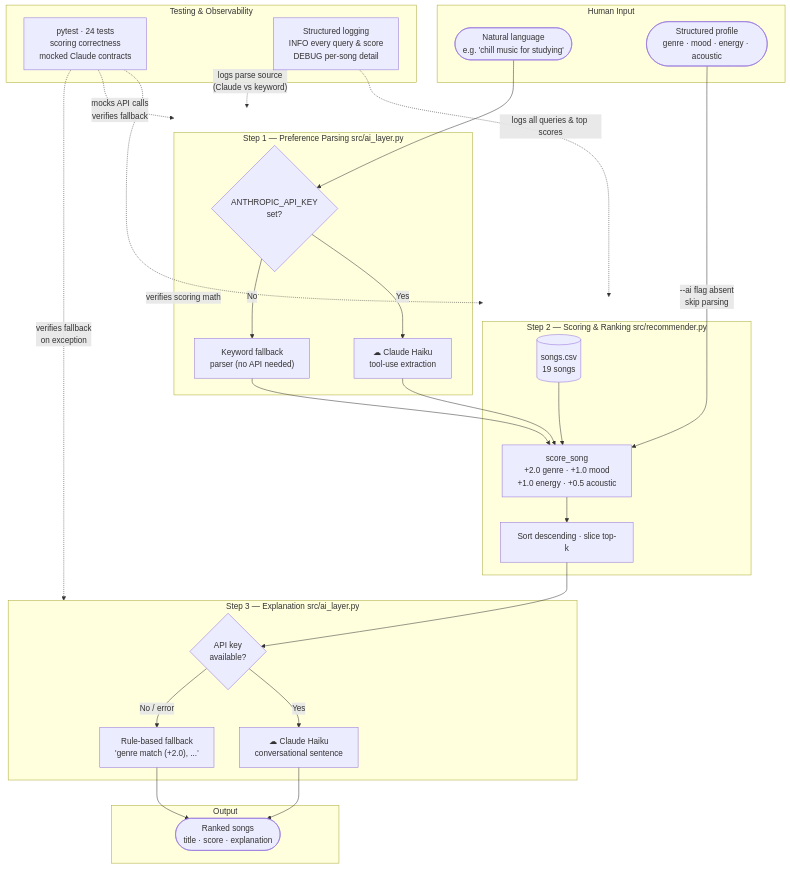
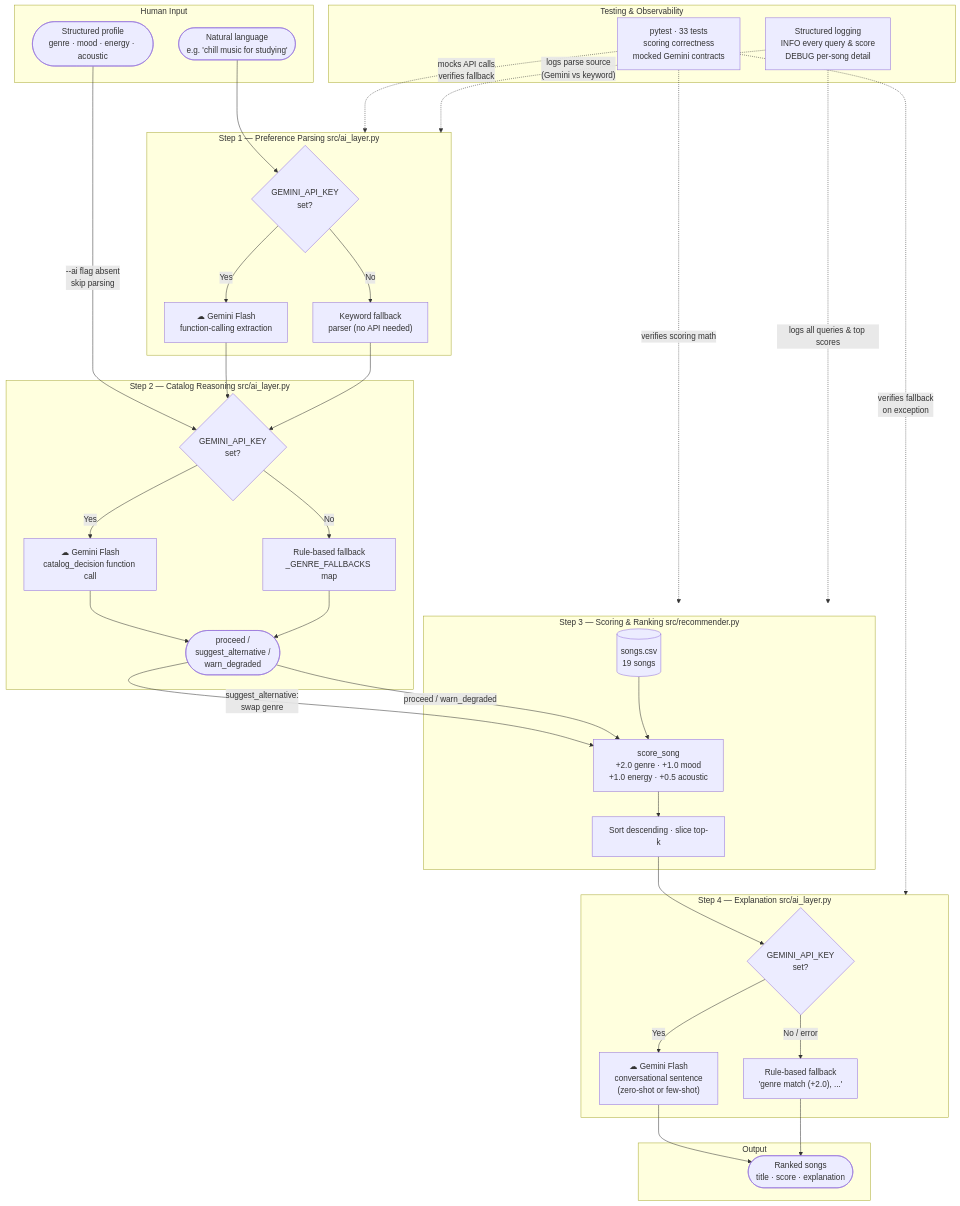
The first of 2 diagrams in README.md (avnigirish/applied-ai-system-project), drawn with Mermaid before and after one commit. The commit also changed other lines of this file and 10 other files, not shown here.

Commit message:
Changed from anthropic to gemini due to api issues

````diff
--- a/README.md
+++ b/README.md
@@ -34,53 +37,93 @@
 ```mermaid
 flowchart TD
     subgraph INPUT["Human Input"]
-        A1(["Natural language\ne.g. 'chill music for studying'"])
-        A2(["Structured profile\ngenre · mood · energy · acoustic"])
+        A1(["Natural language
+e.g. 'chill music for studying'"])
+        A2(["Structured profile
+genre · mood · energy · acoustic"])
     end
 
     subgraph AI_PARSE["Step 1 — Preference Parsing   src/ai_layer.py"]
-        B_gate{ANTHROPIC_API_KEY\nset?}
-        B_claude["☁ Claude Haiku\ntool-use extraction"]
-        B_kw["Keyword fallback\nparser (no API needed)"]
+        B_gate{GEMINI_API_KEY
+set?}
+        B_gemini["☁ Gemini Flash
+function-calling extraction"]
+        B_kw["Keyword fallback
+parser (no API needed)"]
     end
 
-    subgraph ENGINE["Step 2 — Scoring & Ranking   src/recommender.py"]
-        C_score["score_song\n+2.0 genre · +1.0 mood\n+1.0 energy · +0.5 acoustic"]
-        C_rank["Sort descending · slice top-k"]
-        C_data[("songs.csv\n19 songs")]
+    subgraph CATALOG["Step 2 — Catalog Reasoning   src/ai_layer.py"]
+        CR_gate{GEMINI_API_KEY
+set?}
+        CR_gemini["☁ Gemini Flash
+catalog_decision function call"]
+        CR_rule["Rule-based fallback
+_GENRE_FALLBACKS map"]
+        CR_out(["proceed /
+suggest_alternative /
+warn_degraded"])
     end
 
-    subgraph AI_EXPLAIN["Step 3 — Explanation   src/ai_layer.py"]
-        E_gate{API key\navailable?}
-        E_claude["☁ Claude Haiku\nconversational sentence"]
-        E_rule["Rule-based fallback\n'genre match (+2.0), ...'"]
+    subgraph ENGINE["Step 3 — Scoring & Ranking   src/recommender.py"]
+        C_score["score_song
++2.0 genre · +1.0 mood
++1.0 energy · +0.5 acoustic"]
+        C_rank["Sort descending · slice top-k"]
+        C_data[("songs.csv
+19 songs")]
+    end
+
+    subgraph AI_EXPLAIN["Step 4 — Explanation   src/ai_layer.py"]
+        E_gate{GEMINI_API_KEY
+set?}
+        E_gemini["☁ Gemini Flash
+conversational sentence
+(zero-shot or few-shot)"]
+        E_rule["Rule-based fallback
+'genre match (+2.0), ...'"]
     end
 
     subgraph OUTPUT["Output"]
-        F(["Ranked songs\ntitle · score · explanation"])
+        F(["Ranked songs
+title · score · explanation"])
     end
 
     subgraph QUALITY["Testing & Observability"]
-        T1["pytest · 24 tests\nscoring correctness\nmocked Claude contracts"]
-        T2["Structured logging\nINFO every query & score\nDEBUG per-song detail"]
+        T1["pytest · 33 tests
+scoring correctness
+mocked Gemini contracts"]
+        T2["Structured logging
+INFO every query & score
+DEBUG per-song detail"]
     end
 
     A1 --> B_gate
-    A2 -->|"--ai flag absent\nskip parsing"| C_score
+    A2 -->|"--ai flag absent
+skip parsing"| CR_gate
 
-    B_gate -- Yes --> B_claude --> C_score
-    B_gate -- No  --> B_kw    --> C_score
+    B_gate -- Yes --> B_gemini --> CR_gate
+    B_gate -- No  --> B_kw    --> CR_gate
+
+    CR_gate -- Yes --> CR_gemini --> CR_out
+    CR_gate -- No  --> CR_rule  --> CR_out
+
+    CR_out -->|"suggest_alternative:
+swap genre"| C_score
+    CR_out -->|"proceed / warn_degraded"| C_score
 
     C_data --> C_score
     C_score --> C_rank
 
     C_rank --> E_gate
-    E_gate -- Yes --> E_claude --> F
+    E_gate -- Yes --> E_gemini --> F
     E_gate -- "No / error" --> E_rule --> F
 
     T1 -. "verifies scoring math" .-> ENGINE
-    T1 -. "mocks API calls\nverifies fallback" .-> AI_PARSE
-    T1 -. "verifies fallback\non exception" .-> AI_EXPLAIN
+    T1 -. "mocks API calls
+verifies fallback" .-> AI_PARSE
+    T1 -. "verifies fallback
+on exception" .-> AI_EXPLAIN
     T2 -. "logs all queries & top scores" .-> ENGINE
-    T2 -. "logs parse source\n(Claude vs keyword)" .-> AI_PARSE
+    T2 -. "logs parse source
+(Gemini vs keyword)" .-> AI_PARSE
 ```
````
